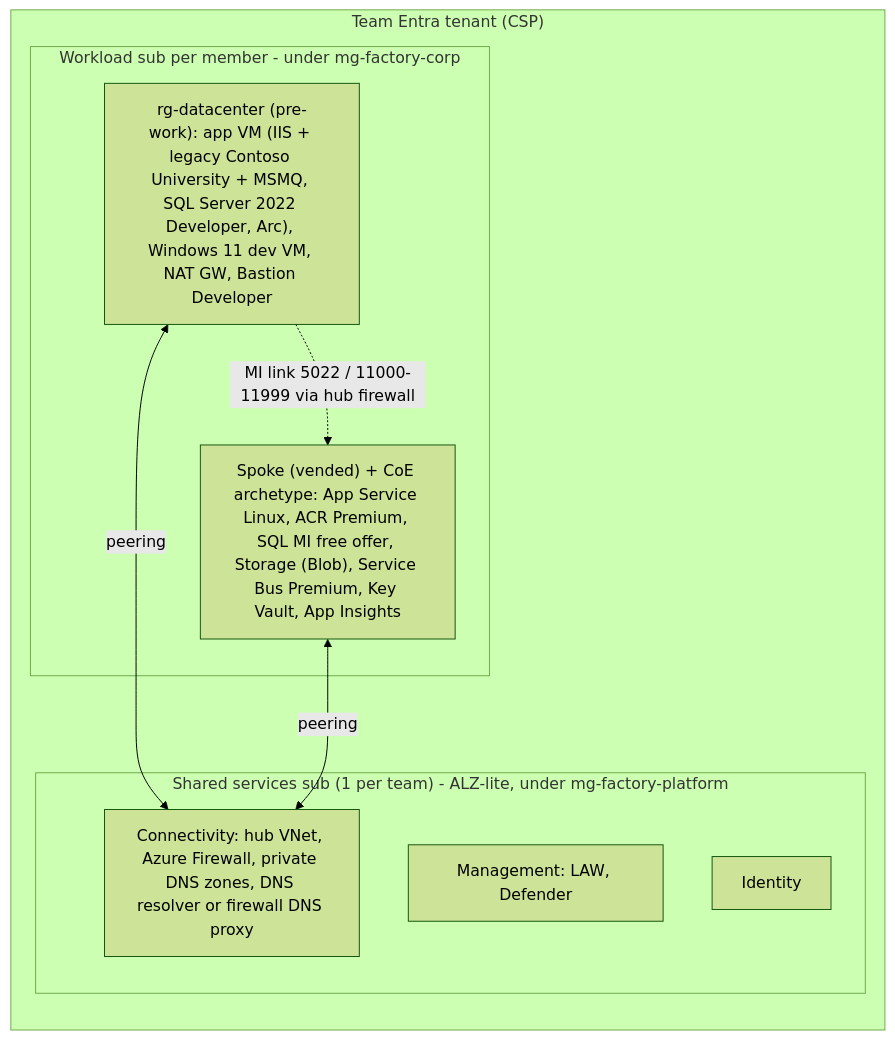
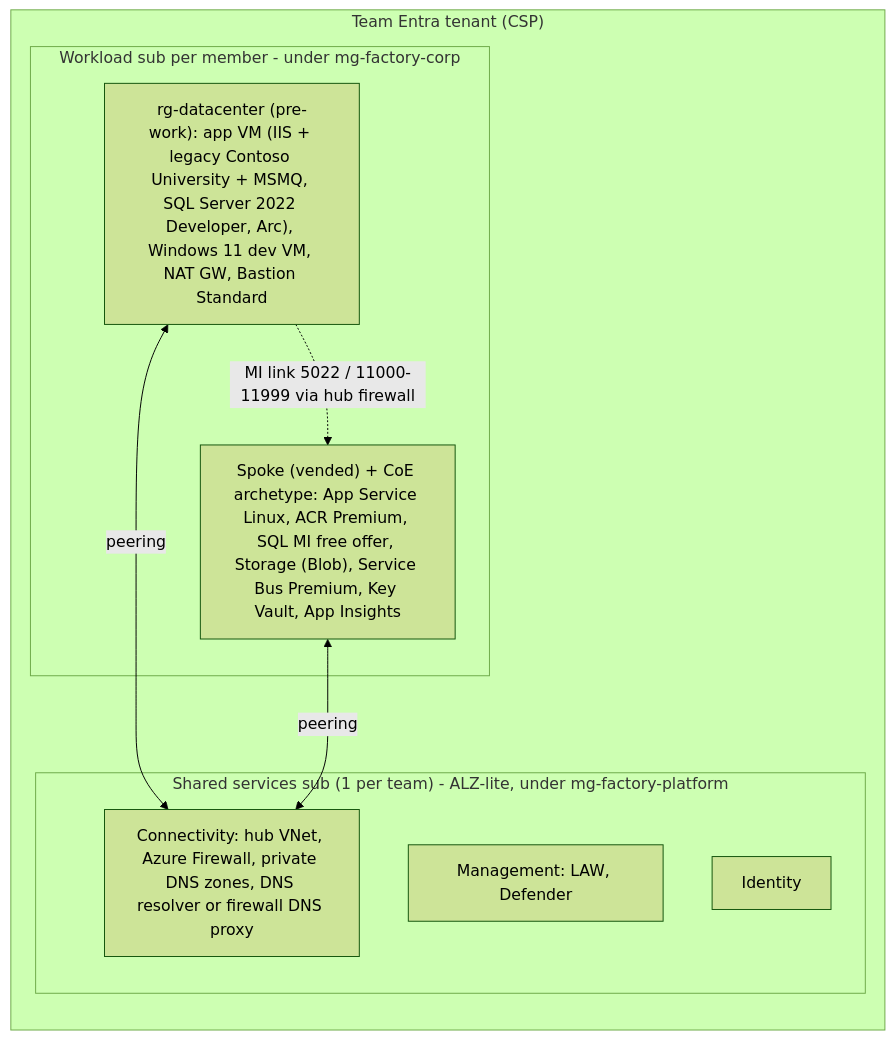
One commit to jonathan-vella/apex-factory-hackathon changed the diagram in docs/prd.md. Above: the diagram before and after it, drawn with Mermaid (forest theme). The commit also changed other lines of this file and 7 other files, not shown here.

Commit message:
docs: switch the datacenter to Bastion Standard and plan the extension comparison (#27)

````diff
--- a/docs/prd.md
+++ b/docs/prd.md
@@ -52,17 +53,17 @@
 ```mermaid
 flowchart LR
   subgraph T["Team Entra tenant (CSP)"]
     subgraph P["Shared services sub (1 per team) - ALZ-lite, under mg-factory-platform"]
       MGMT["Management: LAW, Defender"]
       CONN["Connectivity: hub VNet, Azure Firewall, private DNS zones, DNS resolver or firewall DNS proxy"]
       ID["Identity"]
     end
     subgraph W["Workload sub per member - under mg-factory-corp"]
-      DC["rg-datacenter (pre-work): app VM (IIS + legacy Contoso University + MSMQ, SQL Server 2022 Developer, Arc), Windows 11 dev VM, NAT GW, Bastion Developer"]
+      DC["rg-datacenter (pre-work): app VM (IIS + legacy Contoso University + MSMQ, SQL Server 2022 Developer, Arc), Windows 11 dev VM, NAT GW, Bastion Standard"]
       SPOKE["Spoke (vended) + CoE archetype: App Service Linux, ACR Premium, SQL MI free offer, Storage (Blob), Service Bus Premium, Key Vault, App Insights"]
     end
   end
   DC <-- peering --> CONN
   SPOKE <-- peering --> CONN
   DC -. "MI link 5022 / 11000-11999 via hub firewall" .-> SPOKE
 ```
````
